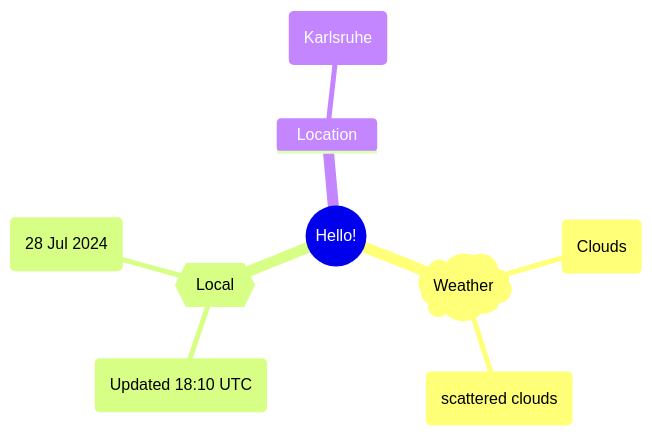
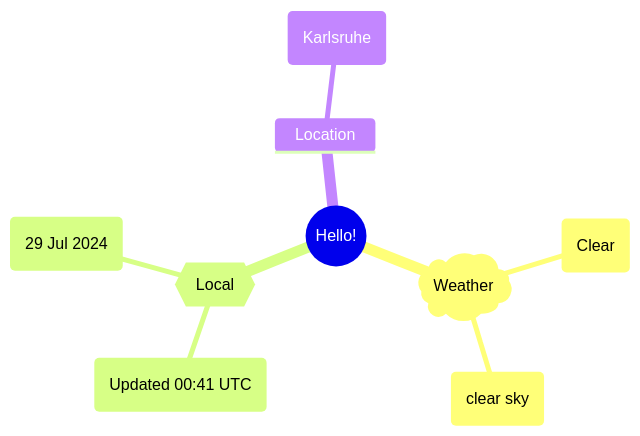
One commit to Xosrov/Xosrov changed the first of 2 diagrams in README.md. Above: the diagram before and after it, drawn with Mermaid.

Commit message:
[bot] updated images

````diff
--- a/README.md
+++ b/README.md
@@ -3,12 +3,12 @@
 ```mermaid
 mindmap
   root((Hello!))
     )Weather(
-        (Clouds)
-        (scattered clouds)
+        (Clear)
+        (clear sky)
     {{Local}}
-        (Updated 18:10 UTC)
-        (28 Jul 2024)
+        (Updated 00:41 UTC)
+        (29 Jul 2024)
     Location
         (Karlsruhe)
 ```
````
